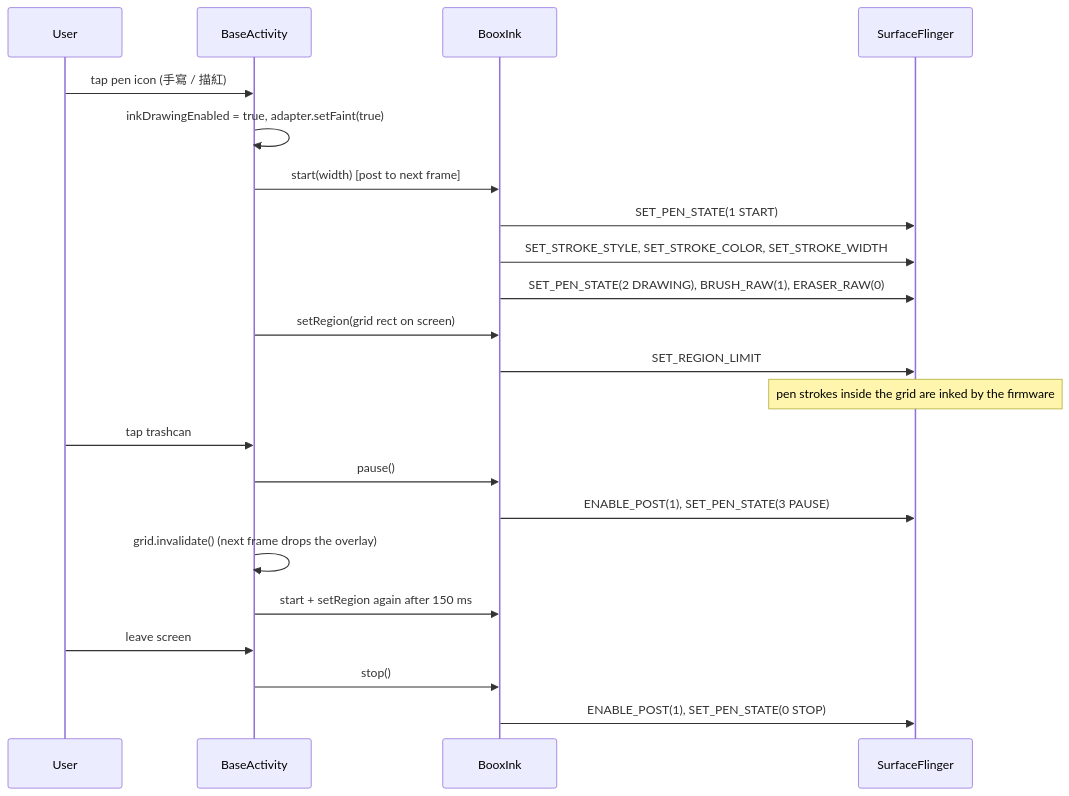
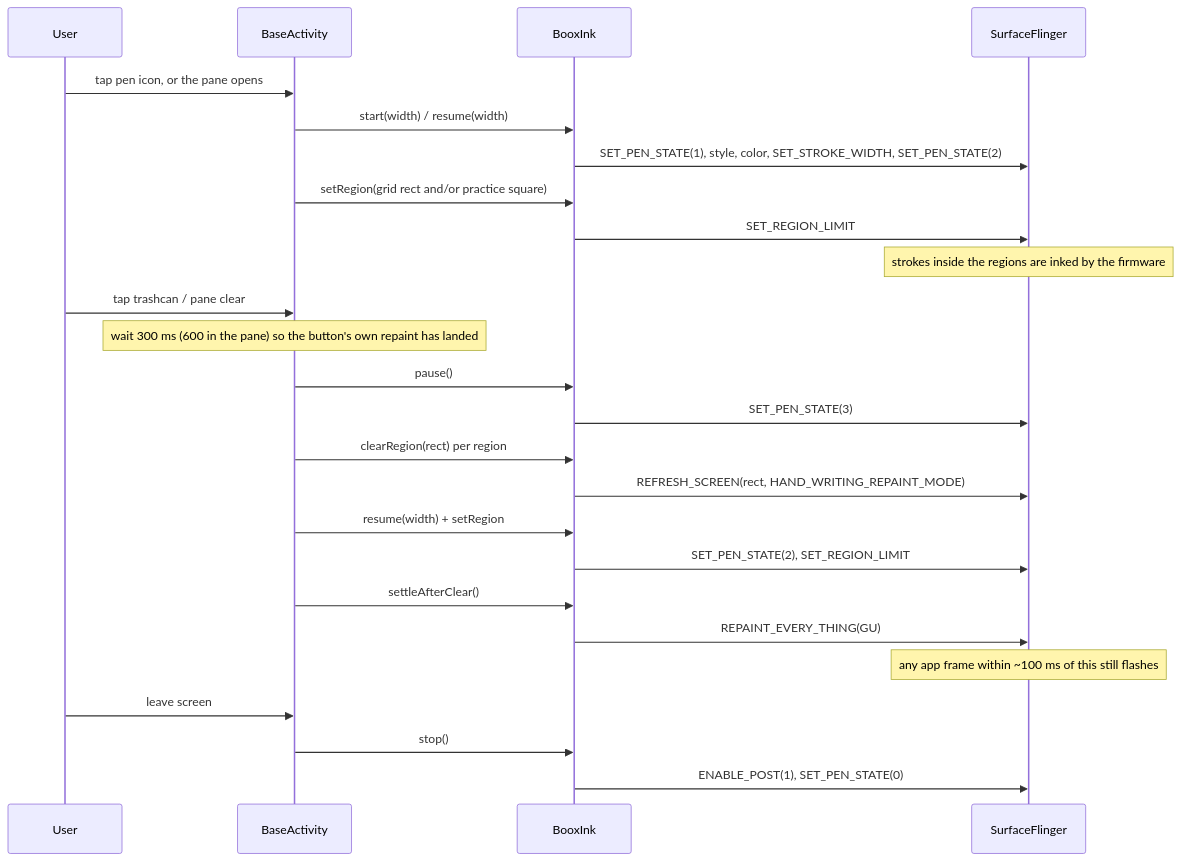
Before and after one commit to plateaukao/ADR: the second of 2 diagrams in calliplus-android-boox-pen-without-sdk.md, drawn with Mermaid. The commit also changed other lines of this file and 1 other file, not shown here.

Commit message:
add calliplus-android-boox-pen-without-sdk, calliplus-android-onyx-pen-sdk-analysis

````diff
--- a/calliplus-android-boox-pen-without-sdk.md
+++ b/calliplus-android-boox-pen-without-sdk.md
@@ -78,24 +86,27 @@
 ```mermaid
 sequenceDiagram
     participant U as User
     participant A as BaseActivity
     participant B as BooxInk
     participant SF as SurfaceFlinger
-    U->>A: tap pen icon (手寫 / 描紅)
-    A->>A: inkDrawingEnabled = true, adapter.setFaint(true)
-    A->>B: start(width)  [post to next frame]
-    B->>SF: SET_PEN_STATE(1 START)
-    B->>SF: SET_STROKE_STYLE, SET_STROKE_COLOR, SET_STROKE_WIDTH
-    B->>SF: SET_PEN_STATE(2 DRAWING), BRUSH_RAW(1), ERASER_RAW(0)
-    A->>B: setRegion(grid rect on screen)
+    U->>A: tap pen icon, or the pane opens
+    A->>B: start(width) / resume(width)
+    B->>SF: SET_PEN_STATE(1), style, color, SET_STROKE_WIDTH, SET_PEN_STATE(2)
+    A->>B: setRegion(grid rect and/or practice square)
     B->>SF: SET_REGION_LIMIT
-    Note over SF: pen strokes inside the grid are inked by the firmware
-    U->>A: tap trashcan
+    Note over SF: strokes inside the regions are inked by the firmware
+    U->>A: tap trashcan / pane clear
+    Note over A: wait 300 ms (600 in the pane) so the button's own repaint has landed
     A->>B: pause()
-    B->>SF: ENABLE_POST(1), SET_PEN_STATE(3 PAUSE)
-    A->>A: grid.invalidate()  (next frame drops the overlay)
-    A->>B: start + setRegion again after 150 ms
+    B->>SF: SET_PEN_STATE(3)
+    A->>B: clearRegion(rect) per region
+    B->>SF: REFRESH_SCREEN(rect, HAND_WRITING_REPAINT_MODE)
+    A->>B: resume(width) + setRegion
+    B->>SF: SET_PEN_STATE(2), SET_REGION_LIMIT
+    A->>B: settleAfterClear()
+    B->>SF: REPAINT_EVERY_THING(GU)
+    Note over SF: any app frame within ~100 ms of this still flashes
     U->>A: leave screen
     A->>B: stop()
-    B->>SF: ENABLE_POST(1), SET_PEN_STATE(0 STOP)
+    B->>SF: ENABLE_POST(1), SET_PEN_STATE(0)
 ```
````
